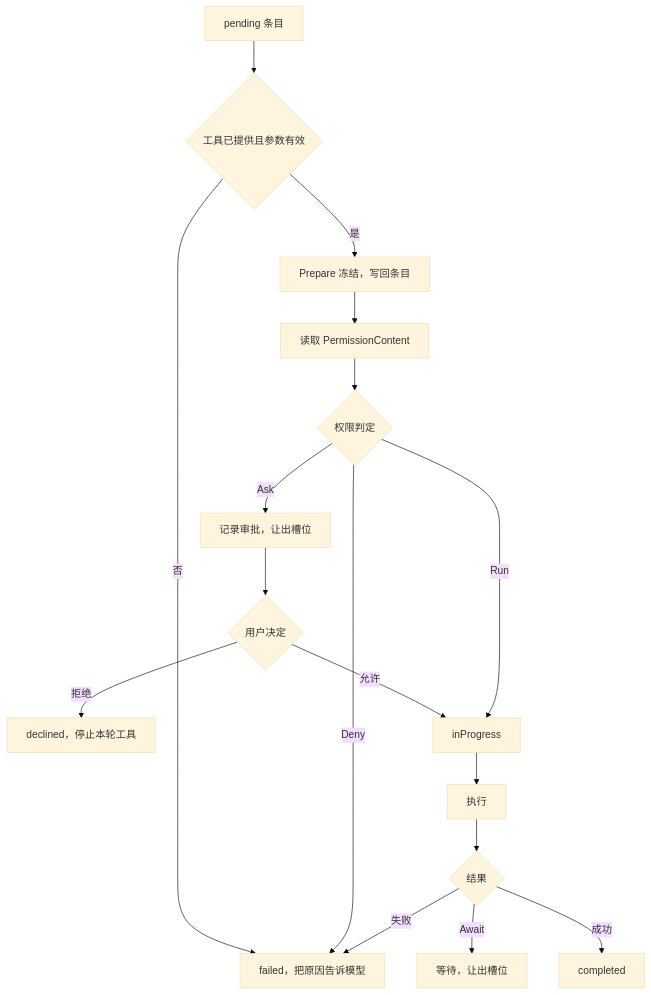
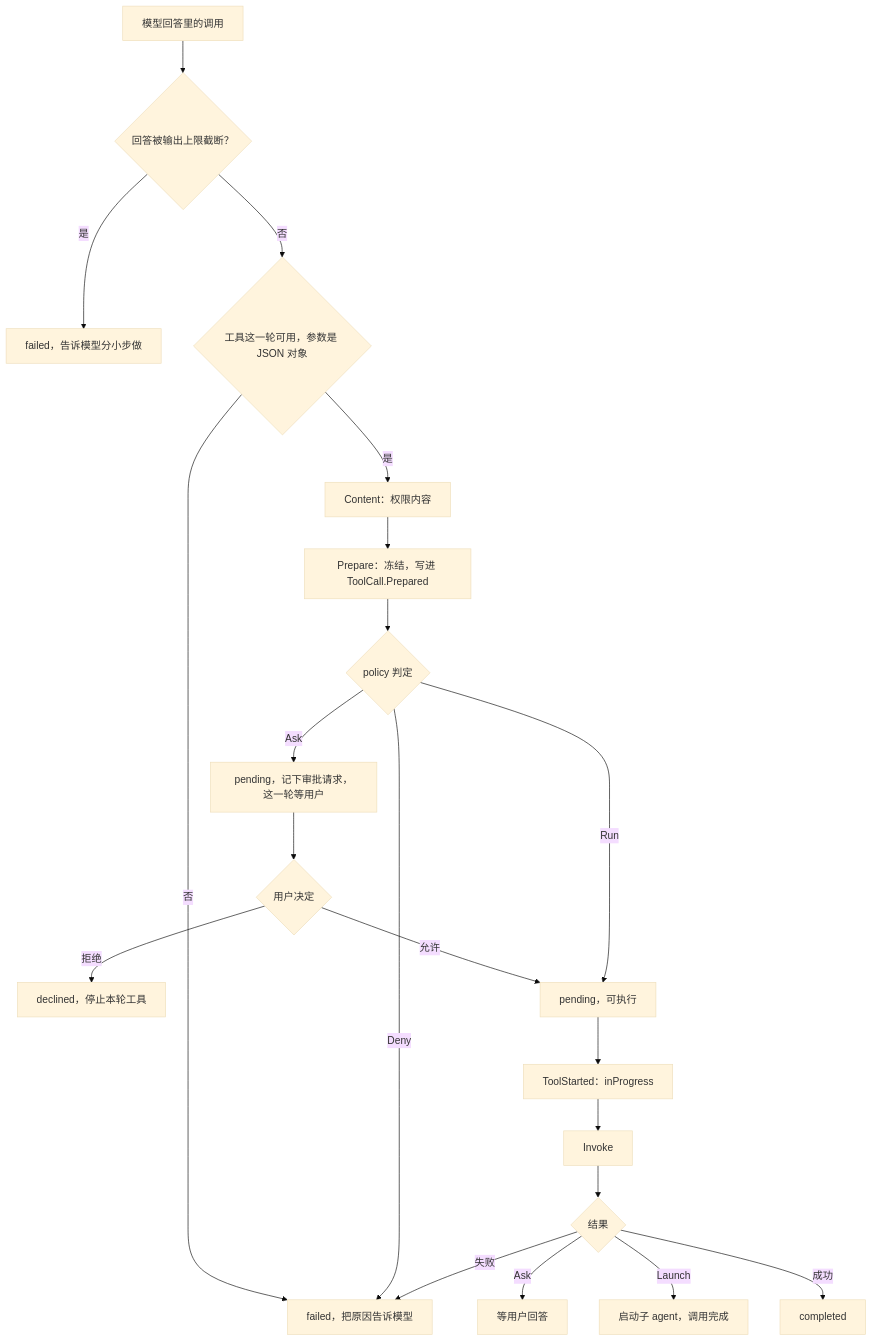
The diagram in docs/zh/engine/tools.md (0xfakeSpike/ollupi-docs), drawn with Mermaid (base theme) before and after one commit. The commit also changed other lines of this file and 86 other files, not shown here.

````diff
--- a/docs/zh/engine/tools.md
+++ b/docs/zh/engine/tools.md
@@ -95,19 +117,23 @@
 ```mermaid
 flowchart TD
-  A["pending 条目"] --> B{"工具已提供且参数有效"}
-  B -- "否" --> X["failed，把原因告诉模型"]
-  B -- "是" --> C["Prepare 冻结，写回条目"]
-  C --> D["读取 PermissionContent"]
-  D --> E{"权限判定"}
-  E -- "Deny" --> X
-  E -- "Ask" --> F["记录审批，让出槽位"]
-  F --> G{"用户决定"}
-  G -- "拒绝" --> Y["declined，停止本轮工具"]
-  G -- "允许" --> H["inProgress"]
-  E -- "Run" --> H
-  H --> I["执行"]
-  I --> J{"结果"}
-  J -- "Await" --> K["等待，让出槽位"]
-  J -- "成功" --> L["completed"]
-  J -- "失败" --> X
+  A["模型回答里的调用"] --> B{"回答被输出上限截断？"}
+  B -- "是" --> X["failed，告诉模型分小步做"]
+  B -- "否" --> C{"工具这一轮可用，参数是 JSON 对象"}
+  C -- "否" --> X2["failed，把原因告诉模型"]
+  C -- "是" --> D["Content：权限内容"]
+  D --> E["Prepare：冻结，写进 ToolCall.Prepared"]
+  E --> F{"policy 判定"}
+  F -- "Deny" --> X2
+  F -- "Ask" --> G["pending，记下审批请求，这一轮等用户"]
+  G --> H{"用户决定"}
+  H -- "拒绝" --> Y["declined，停止本轮工具"]
+  H -- "允许" --> I["pending，可执行"]
+  F -- "Run" --> I
+  I --> J["ToolStarted：inProgress"]
+  J --> K["Invoke"]
+  K --> L{"结果"}
+  L -- "Ask" --> M["等用户回答"]
+  L -- "Launch" --> N["启动子 agent，调用完成"]
+  L -- "成功" --> O["completed"]
+  L -- "失败" --> X2
 ```
````
